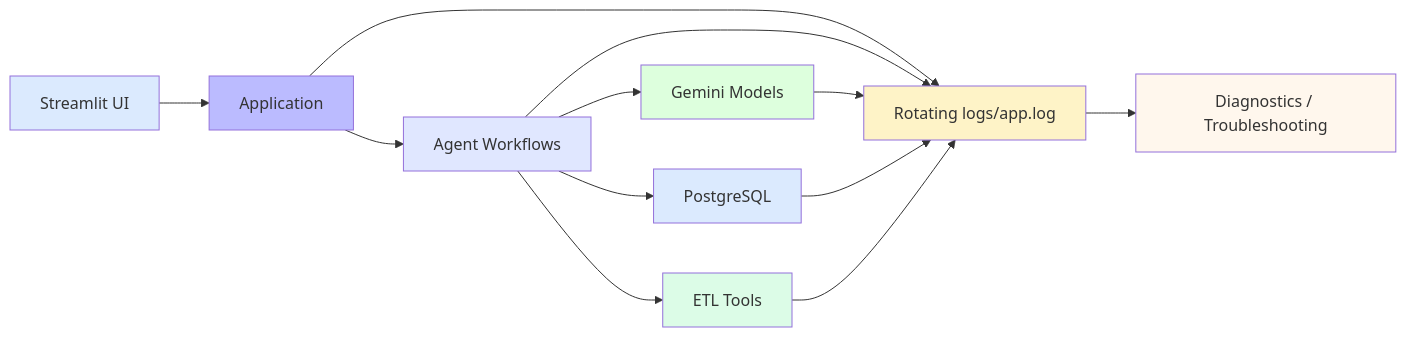
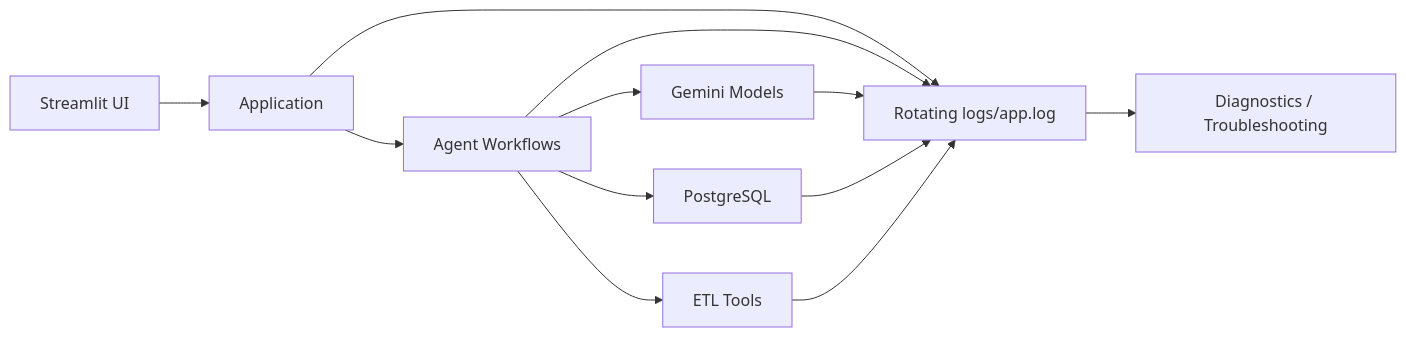
Before and after one commit to swapniltake1/Agentic-AI-Based-Multi-Source-Data-Retrieval-and-Stakeholder-Intelligence-Platform: the fifth of 6 diagrams in README.md, drawn with Mermaid. The commit also changed other lines of this file, not shown here.

````diff
--- a/README.md
+++ b/README.md
@@ -167,23 +117,14 @@
 ```mermaid
 flowchart LR
     UI["Streamlit UI"] --> APP["Application"]
     APP --> AGENTS["Agent Workflows"]
     AGENTS --> MODEL["Gemini Models"]
     AGENTS --> DB["PostgreSQL"]
     AGENTS --> ETL["ETL Tools"]
     APP --> LOG["Rotating logs/app.log"]
     AGENTS --> LOG
     MODEL --> LOG
     DB --> LOG
     ETL --> LOG
     LOG --> OPS["Diagnostics / Troubleshooting"]
-
-    style UI fill:#dbeafe
-    style APP fill:#bbf
-    style AGENTS fill:#e0e7ff
-    style MODEL fill:#dfd
-    style DB fill:#dbeafe
-    style ETL fill:#dcfce7
-    style LOG fill:#fef3c7
-    style OPS fill:#fff7ed
 ```
````
